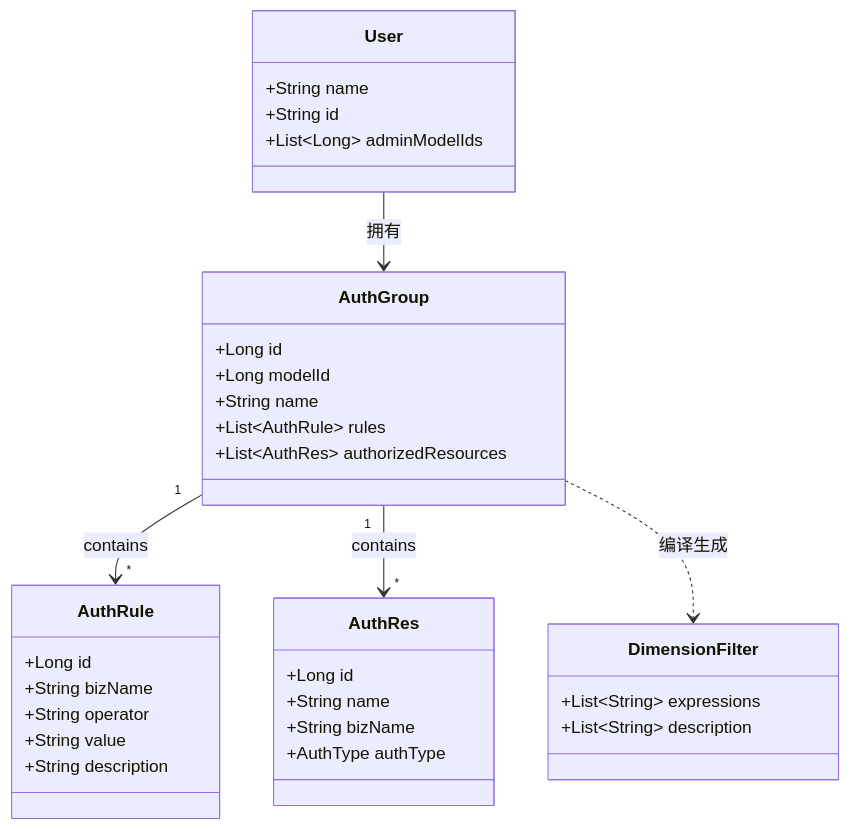
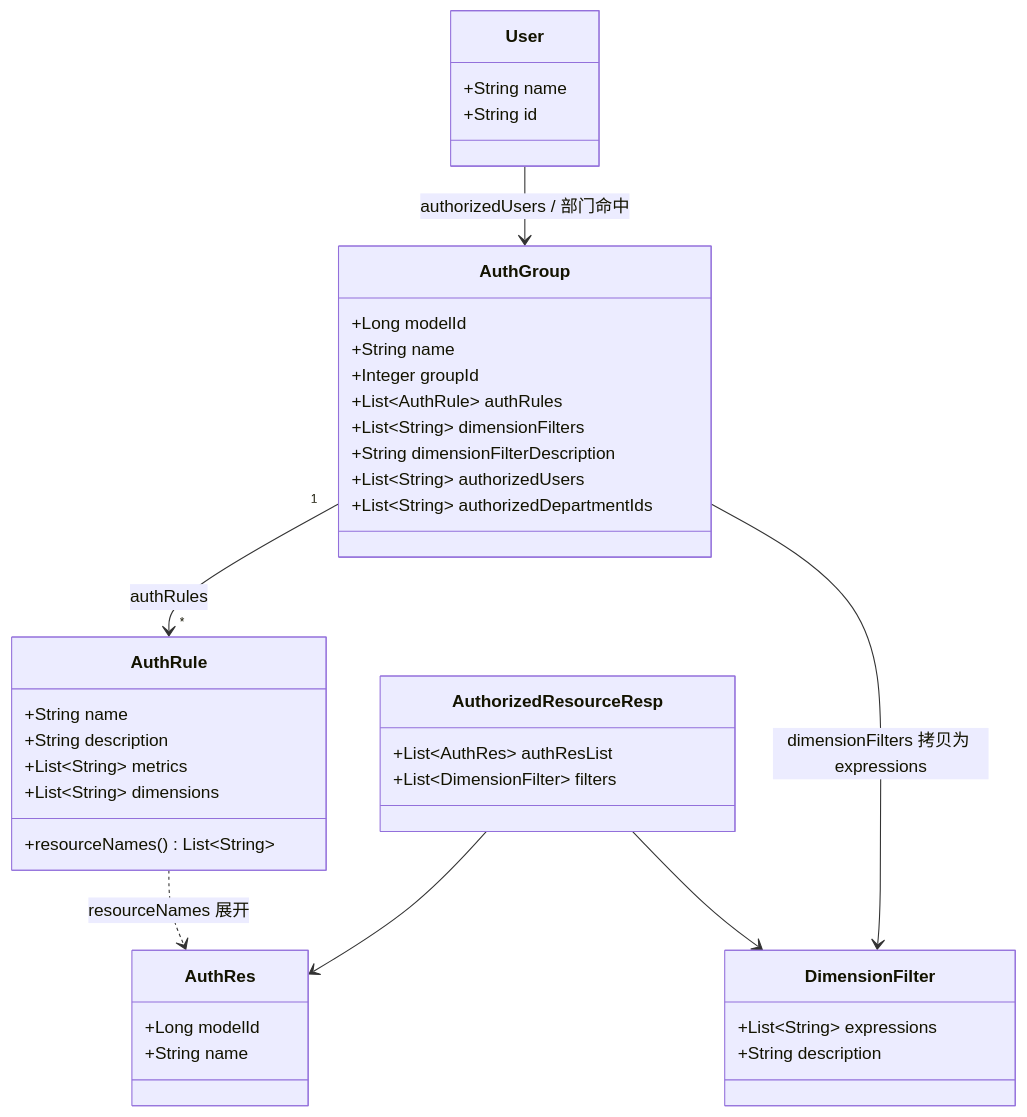
The first of 4 diagrams in docs/resume/interview/架构设计/03-数据权限控制.md (Code-Eat-Rabbit/supersonic), drawn with Mermaid before and after one commit. The commit also changed other lines of this file and 5214 other files, not shown here.

````diff
--- a/docs/resume/interview/架构设计/03-数据权限控制.md
+++ b/docs/resume/interview/架构设计/03-数据权限控制.md
@@ -62,37 +61,43 @@
 ```mermaid
 classDiagram
     class AuthGroup {
-        +Long id
         +Long modelId
         +String name
-        +List~AuthRule~ rules
-        +List~AuthRes~ authorizedResources
+        +Integer groupId
+        +List~AuthRule~ authRules
+        +List~String~ dimensionFilters
+        +String dimensionFilterDescription
+        +List~String~ authorizedUsers
+        +List~String~ authorizedDepartmentIds
     }
     class AuthRule {
-        +Long id
-        +String bizName
-        +String operator
-        +String value
+        +String name
         +String description
+        +List~String~ metrics
+        +List~String~ dimensions
+        +resourceNames() List~String~
     }
     class AuthRes {
-        +Long id
+        +Long modelId
         +String name
-        +String bizName
-        +AuthType authType
     }
     class DimensionFilter {
         +List~String~ expressions
-        +List~String~ description
+        +String description
+    }
+    class AuthorizedResourceResp {
+        +List~AuthRes~ authResList
+        +List~DimensionFilter~ filters
     }
     class User {
         +String name
         +String id
-        +List~Long~ adminModelIds
     }
 
-    AuthGroup "1" --> "*" AuthRule : contains
-    AuthGroup "1" --> "*" AuthRes : contains
-    AuthGroup ..> DimensionFilter : 编译生成
-    User --> AuthGroup : 拥有
+    AuthGroup "1" --> "*" AuthRule : authRules
+    AuthGroup --> DimensionFilter : dimensionFilters 拷贝为 expressions
+    AuthRule ..> AuthRes : resourceNames 展开
+    AuthorizedResourceResp --> AuthRes
+    AuthorizedResourceResp --> DimensionFilter
+    User --> AuthGroup : authorizedUsers / 部门命中
 ```
````
